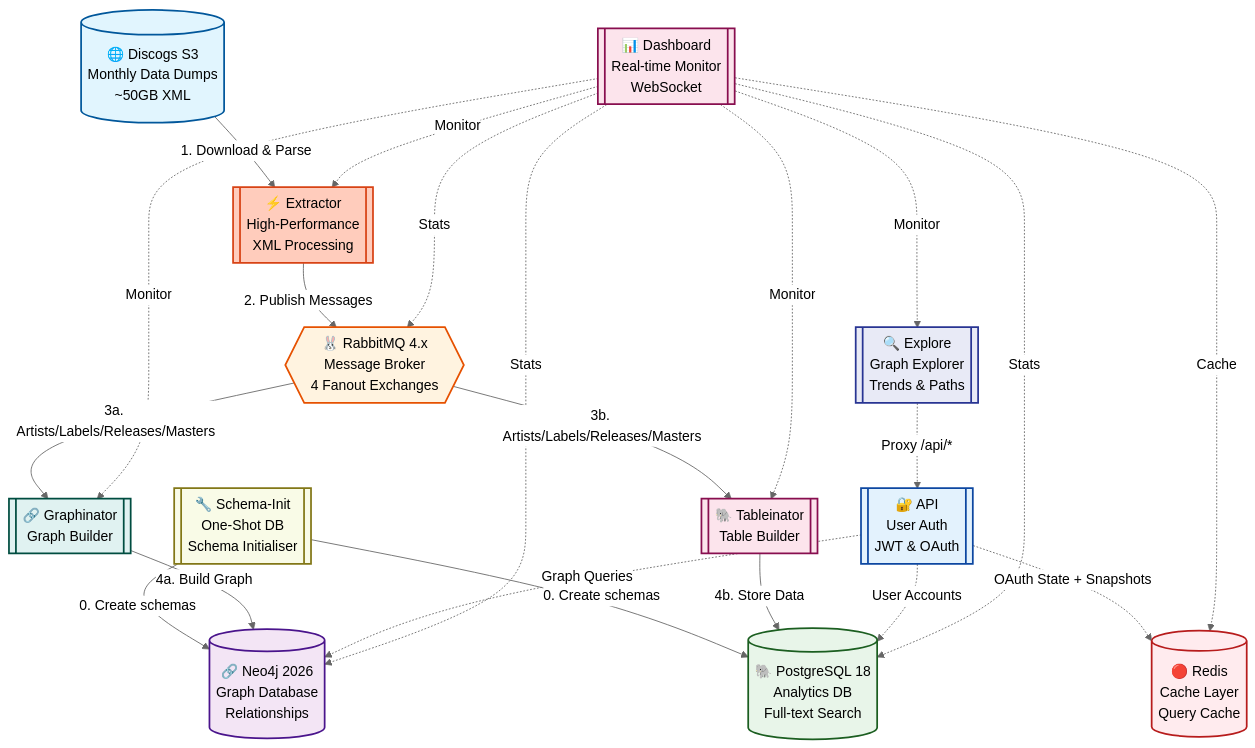
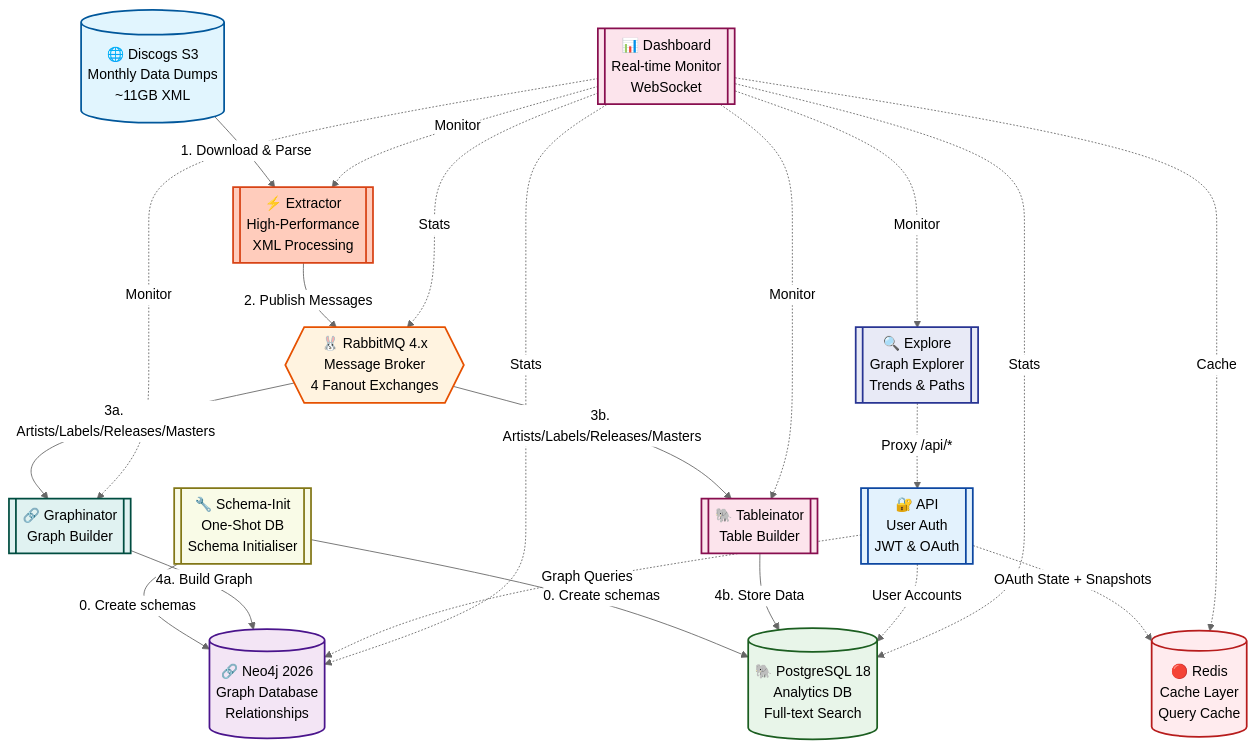
One commit to groovemap-music/deployment changed the first of 2 diagrams in docs/architecture.md. Above: the diagram before and after it, drawn with Mermaid (neutral theme). The commit also changed other lines of this file and 8 other files, not shown here.

````diff
--- a/docs/architecture.md
+++ b/docs/architecture.md
@@ -40,52 +40,52 @@
 ```mermaid
 graph TD
-    S3[("🌐 Discogs S3<br/>Monthly Data Dumps<br/>~50GB XML")]
+    S3[("🌐 Discogs S3<br/>Monthly Data Dumps<br/>~11GB XML")]
     EXT[["⚡ Extractor<br/>High-Performance<br/>XML Processing"]]
     SCHEMA[["🔧 Schema-Init<br/>One-Shot DB<br/>Schema Initialiser"]]
     RMQ{{"🐰 RabbitMQ 4.x<br/>Message Broker<br/>4 Fanout Exchanges"}}
     NEO4J[("🔗 Neo4j 2026<br/>Graph Database<br/>Relationships")]
     PG[("🐘 PostgreSQL 18<br/>Analytics DB<br/>Full-text Search")]
     REDIS[("🔴 Redis<br/>Cache Layer<br/>Query Cache")]
     GRAPH[["🔗 Graphinator<br/>Graph Builder"]]
     TABLE[["🐘 Tableinator<br/>Table Builder"]]
     DASH[["📊 Dashboard<br/>Real-time Monitor<br/>WebSocket"]]
     EXPLORE[["🔍 Explore<br/>Graph Explorer<br/>Trends & Paths"]]
     API[["🔐 API<br/>User Auth<br/>JWT & OAuth"]]
 
     SCHEMA -->|0. Create schemas| NEO4J
     SCHEMA -->|0. Create schemas| PG
     S3 -->|1. Download & Parse| EXT
     EXT -->|2. Publish Messages| RMQ
     RMQ -->|3a. Artists/Labels/Releases/Masters| GRAPH
     RMQ -->|3b. Artists/Labels/Releases/Masters| TABLE
     GRAPH -->|4a. Build Graph| NEO4J
     TABLE -->|4b. Store Data| PG
 
     EXPLORE -.->|Proxy /api/*| API
 
     API -.->|User Accounts| PG
     API -.->|Graph Queries| NEO4J
     API -.->|OAuth State + Snapshots| REDIS
 
     DASH -.->|Monitor| EXT
     DASH -.->|Monitor| GRAPH
     DASH -.->|Monitor| TABLE
     DASH -.->|Monitor| EXPLORE
     DASH -.->|Cache| REDIS
     DASH -.->|Stats| RMQ
     DASH -.->|Stats| NEO4J
     DASH -.->|Stats| PG
 
     style S3 fill:#e1f5fe,stroke:#01579b,stroke-width:2px
     style EXT fill:#ffccbc,stroke:#d84315,stroke-width:2px
     style SCHEMA fill:#f9fbe7,stroke:#827717,stroke-width:2px
     style RMQ fill:#fff3e0,stroke:#e65100,stroke-width:2px
     style NEO4J fill:#f3e5f5,stroke:#4a148c,stroke-width:2px
     style PG fill:#e8f5e9,stroke:#1b5e20,stroke-width:2px
     style REDIS fill:#ffebee,stroke:#b71c1c,stroke-width:2px
     style DASH fill:#fce4ec,stroke:#880e4f,stroke-width:2px
     style EXPLORE fill:#e8eaf6,stroke:#283593,stroke-width:2px
     style GRAPH fill:#e0f2f1,stroke:#004d40,stroke-width:2px
     style TABLE fill:#fce4ec,stroke:#880e4f,stroke-width:2px
     style API fill:#e3f2fd,stroke:#0d47a1,stroke-width:2px
 ```
````
